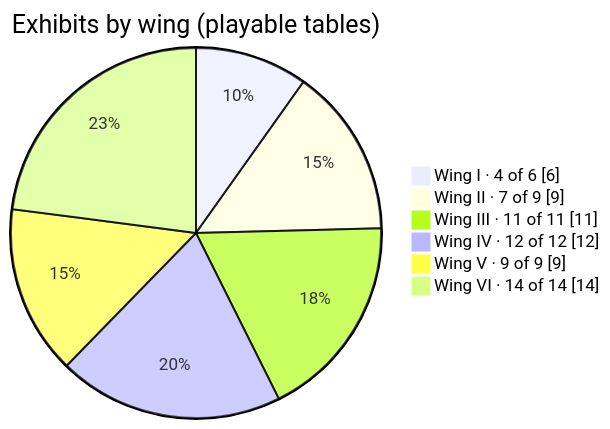
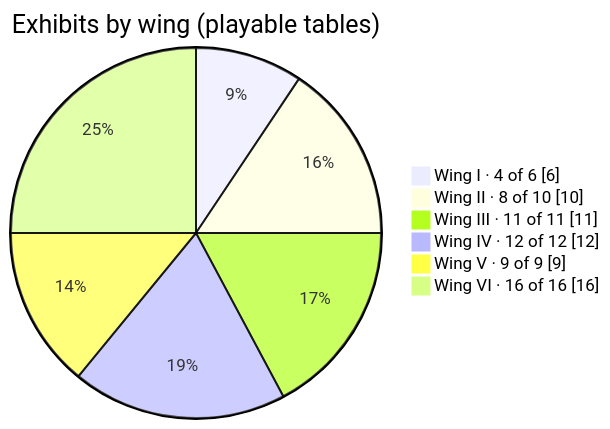
One commit to CptNope/Librarium-Archives changed the first of 8 diagrams in docs/exhibits.md. Above: the diagram before and after it, drawn with Mermaid. The commit also changed other lines of this file and 15 other files, not shown here.

````diff
--- a/docs/exhibits.md
+++ b/docs/exhibits.md
@@ -7,10 +7,10 @@
 ```mermaid
 pie showData
     title Exhibits by wing (playable tables)
     "Wing I · 4 of 6" : 6
-    "Wing II · 7 of 9" : 9
+    "Wing II · 8 of 10" : 10
     "Wing III · 11 of 11" : 11
     "Wing IV · 12 of 12" : 12
     "Wing V · 9 of 9" : 9
-    "Wing VI · 14 of 14" : 14
+    "Wing VI · 16 of 16" : 16
 ```
````
